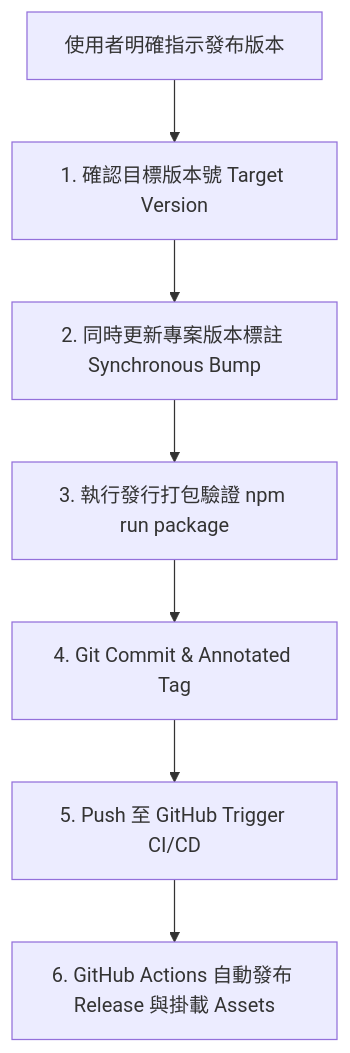
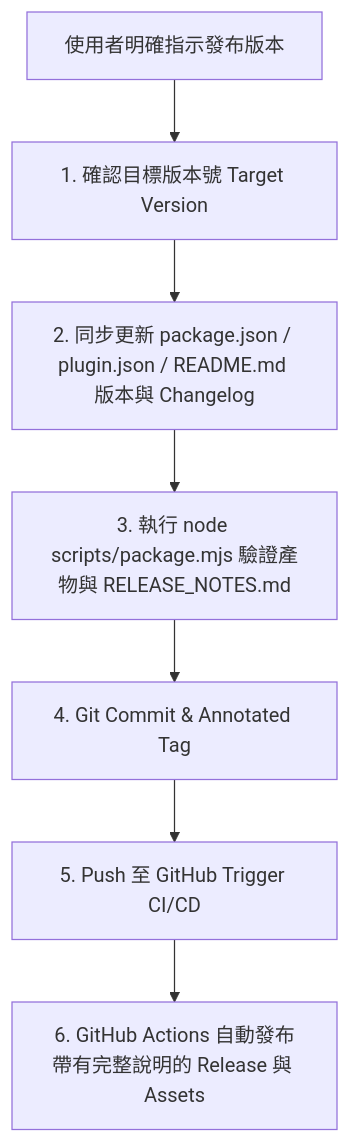
Before and after one commit to Commit-Or-Die-Studio/agy-git-graph: the diagram in skills/release/SKILL.md, drawn with Mermaid. The commit also changed other lines of this file and 4 other files, not shown here.

Commit message:
docs: add complete changelog to README, enforce pre-commit README and release notes rules

````diff
--- a/skills/release/SKILL.md
+++ b/skills/release/SKILL.md
@@ -18,9 +18,9 @@
 ```mermaid
 flowchart TD
     A[使用者明確指示發布版本] --> B[1. 確認目標版本號 Target Version]
-    B --> C[2. 同時更新專案版本標註 Synchronous Bump]
-    C --> D[3. 執行發行打包驗證 npm run package]
+    B --> C[2. 同步更新 package.json / plugin.json / README.md 版本與 Changelog]
+    C --> D[3. 執行 node scripts/package.mjs 驗證產物與 RELEASE_NOTES.md]
     D --> E[4. Git Commit & Annotated Tag]
     E --> F[5. Push 至 GitHub Trigger CI/CD]
-    F --> G[6. GitHub Actions 自動發布 Release 與掛載 Assets]
+    F --> G[6. GitHub Actions 自動發布帶有完整說明的 Release 與 Assets]
 ```
````
